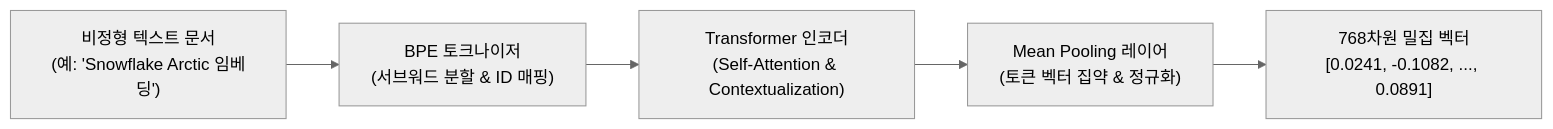
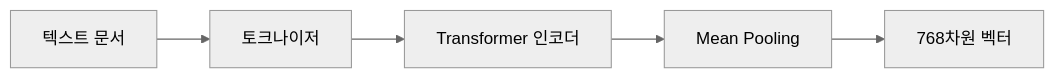
The first of 3 diagrams in content/posts/assist-series-2-snowflake-arctic-embed-rag.md (initbtn/blog), drawn with Mermaid (neutral theme) before and after one commit. The commit also changed other lines of this file, not shown here.

First line of the commit message:
refactor(diagram): 다이어그램 노드 부연 설명 제거 및 직관적 미니멀 구조로 경량화

````diff
--- a/content/posts/assist-series-2-snowflake-arctic-embed-rag.md
+++ b/content/posts/assist-series-2-snowflake-arctic-embed-rag.md
@@ -37,7 +37,7 @@
 ```mermaid
 flowchart LR
-    RawText["비정형 텍스트 문서<br/>(예: 'Snowflake Arctic 임베딩')"] --> Tokenizer["BPE 토크나이저<br/>(서브워드 분할 & ID 매핑)"]
-    Tokenizer --> Transformer["Transformer 인코더<br/>(Self-Attention & Contextualization)"]
-    Transformer --> Pooling["Mean Pooling 레이어<br/>(토큰 벡터 집약 & 정규화)"]
-    Pooling --> DenseVector["768차원 밀집 벡터<br/>[0.0241, -0.1082, ..., 0.0891]"]
+    RawText["텍스트 문서"] --> Tokenizer["토크나이저"]
+    Tokenizer --> Transformer["Transformer 인코더"]
+    Transformer --> Pooling["Mean Pooling"]
+    Pooling --> DenseVector["768차원 벡터"]
 ```
````
